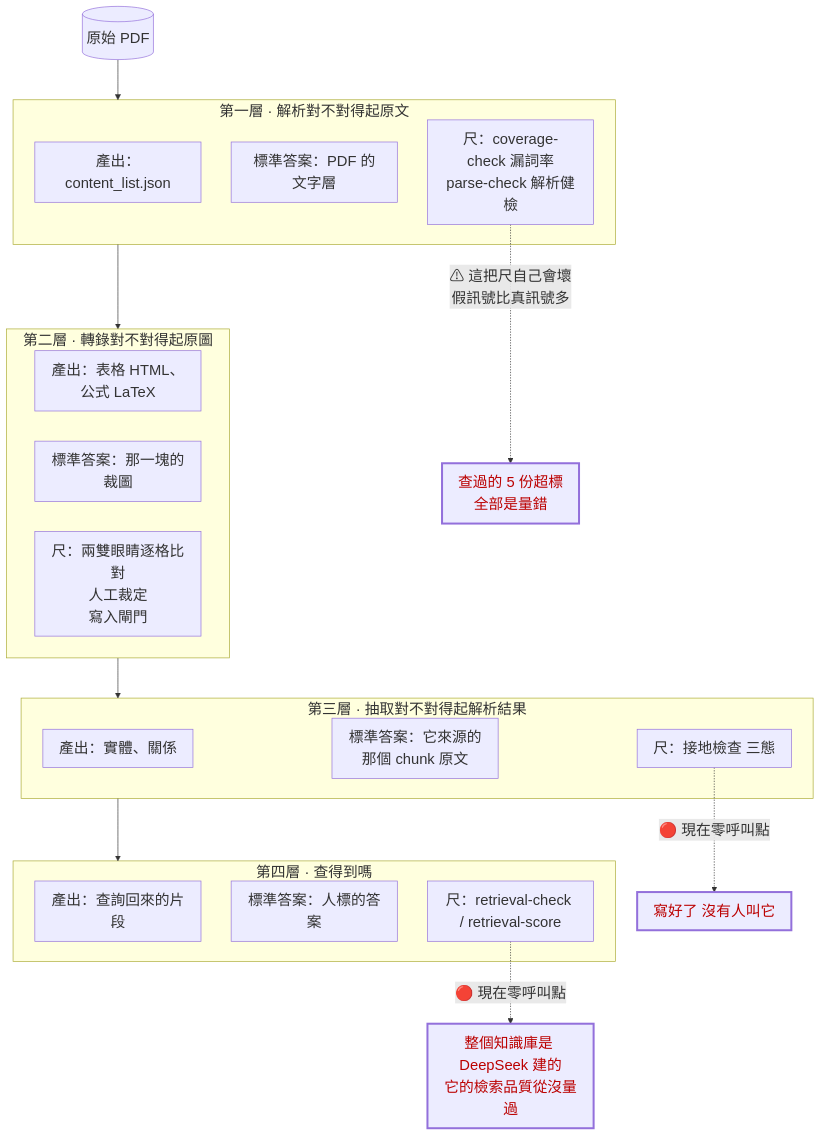
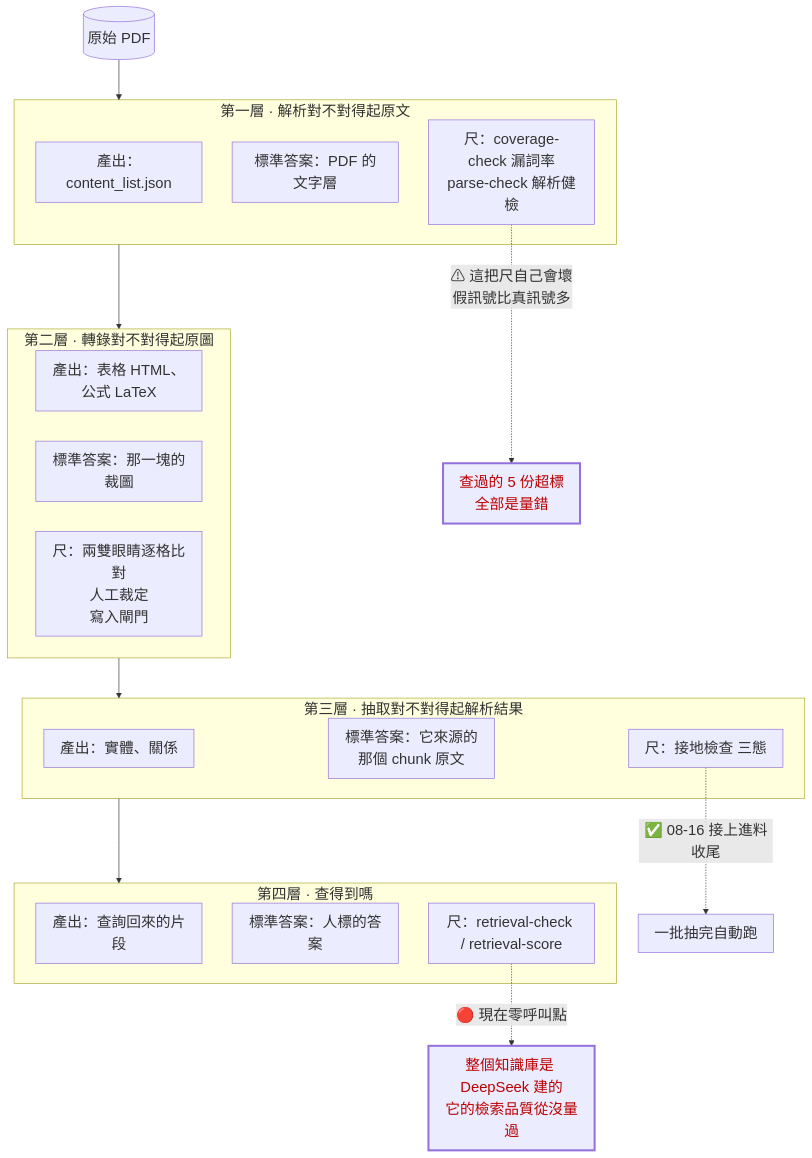
The seventh of 7 diagrams in docs/rebuild-v3-design-20260816.md (neknufelet/lightrag), drawn with Mermaid before and after one commit. The commit also changed other lines of this file and 2 other files, not shown here.

````diff
--- a/docs/rebuild-v3-design-20260816.md
+++ b/docs/rebuild-v3-design-20260816.md
@@ -449,38 +453,38 @@
 ```mermaid
 %%{init: {'themeVariables': {'fontSize':'22px'}, 'flowchart': {'nodeSpacing': 45, 'rankSpacing': 60, 'padding': 12}}}%%
 flowchart TB
     PDF[("原始 PDF")]
 
     subgraph LA["第一層 · 解析對不對得起原文"]
         A_OUT["產出：content_list.json"]
         A_GT["標準答案：PDF 的文字層"]
         A_M["尺：coverage-check 漏詞率<br/>parse-check 解析健檢"]
     end
 
     subgraph LB["第二層 · 轉錄對不對得起原圖"]
         B_OUT["產出：表格 HTML、公式 LaTeX"]
         B_GT["標準答案：那一塊的裁圖"]
         B_M["尺：兩雙眼睛逐格比對<br/>人工裁定<br/>寫入閘門"]
     end
 
     subgraph LC["第三層 · 抽取對不對得起解析結果"]
         C_OUT["產出：實體、關係"]
         C_GT["標準答案：它來源的那個 chunk 原文"]
         C_M["尺：接地檢查 三態"]
     end
 
     subgraph LD["第四層 · 查得到嗎"]
         D_OUT["產出：查詢回來的片段"]
         D_GT["標準答案：人標的答案"]
         D_M["尺：retrieval-check / retrieval-score"]
     end
 
     PDF --> LA --> LB --> LC --> LD
 
     A_M -.->|"⚠ 這把尺自己會壞<br/>假訊號比真訊號多"| FLAG1["查過的 5 份超標<br/>全部是量錯"]
-    C_M -.->|"🔴 現在零呼叫點"| FLAG2["寫好了 沒有人叫它"]
+    C_M -.->|"✅ 08-16 接上進料收尾"| FLAG2["一批抽完自動跑"]
     D_M -.->|"🔴 現在零呼叫點"| FLAG3["整個知識庫是 DeepSeek 建的<br/>它的檢索品質從沒量過"]
 
     classDef broken stroke-width:3px,color:#b00
-    class FLAG1,FLAG2,FLAG3 broken
+    class FLAG1,FLAG3 broken
 ```
````
